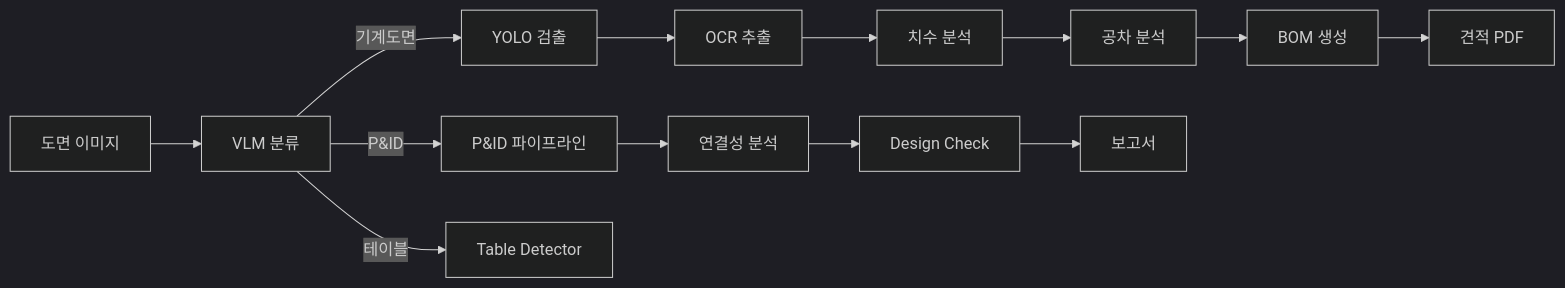
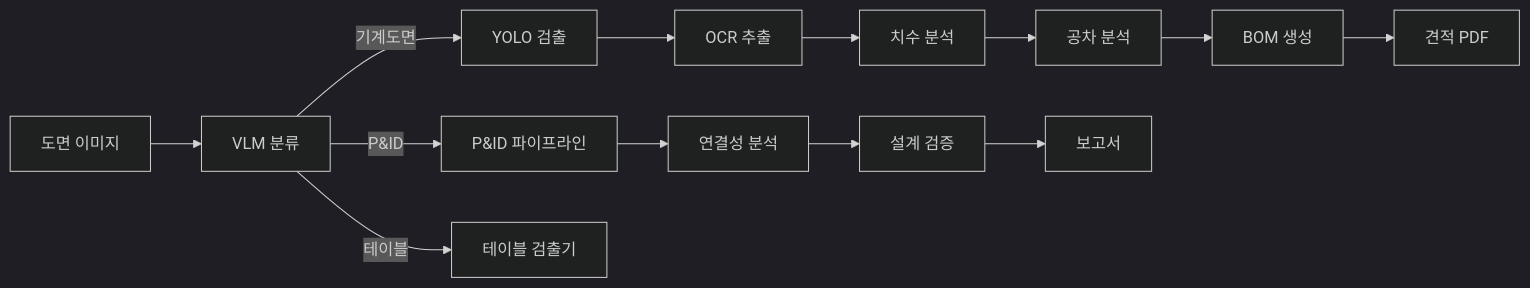
One commit to uprootai/AX_OCR changed the diagram in docs-site/docs/system-overview/index.mdx. Above: the diagram before and after it, drawn with Mermaid (dark theme). The commit also changed other lines of this file and 64 other files, not shown here.

````diff
--- a/docs-site/docs/system-overview/index.mdx
+++ b/docs-site/docs/system-overview/index.mdx
@@ -35,17 +35,17 @@
 ```mermaid
 flowchart LR
     IMG["도면 이미지"] --> VLM["VLM 분류"]
     VLM --> |기계도면| YOLO["YOLO 검출"]
     VLM --> |P&ID| PID["P&ID 파이프라인"]
-    VLM --> |테이블| TABLE["Table Detector"]
+    VLM --> |테이블| TABLE["테이블 검출기"]
 
     YOLO --> OCR["OCR 추출"]
     OCR --> DIM["치수 분석"]
     DIM --> TOL["공차 분석"]
     TOL --> BOMB["BOM 생성"]
     BOMB --> QUOTE["견적 PDF"]
 
     PID --> CONN["연결성 분석"]
-    CONN --> DCH["Design Check"]
+    CONN --> DCH["설계 검증"]
     DCH --> REPORT["보고서"]
 ```
````
